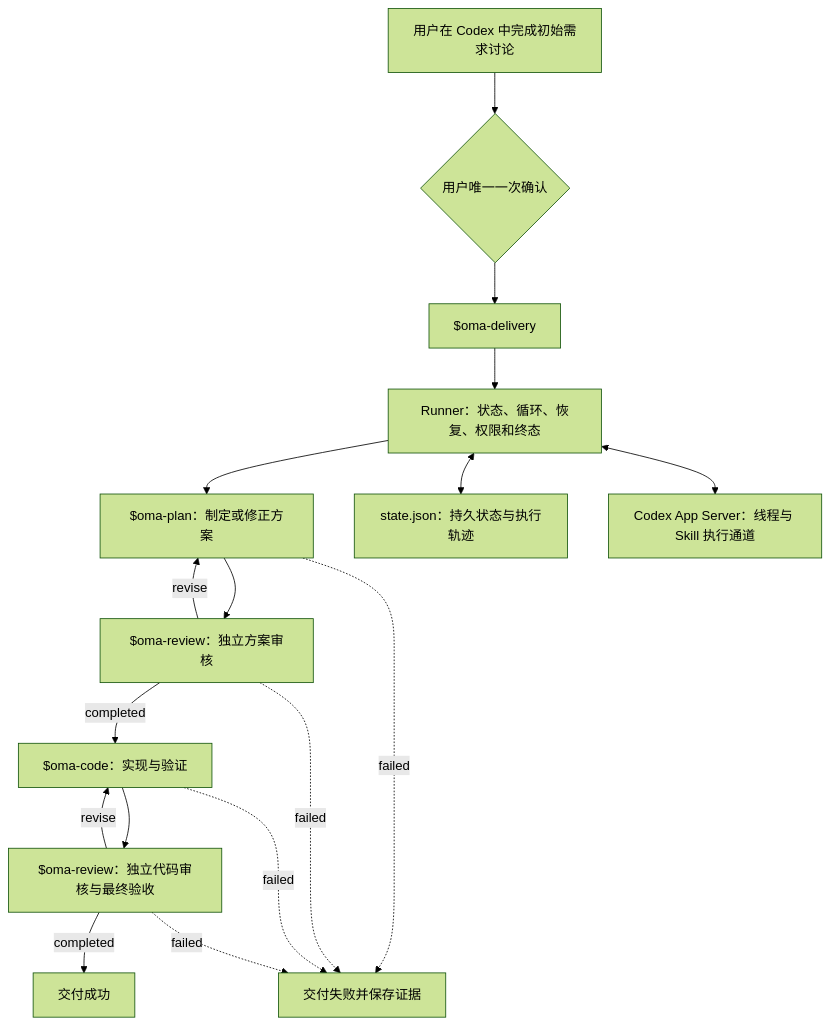
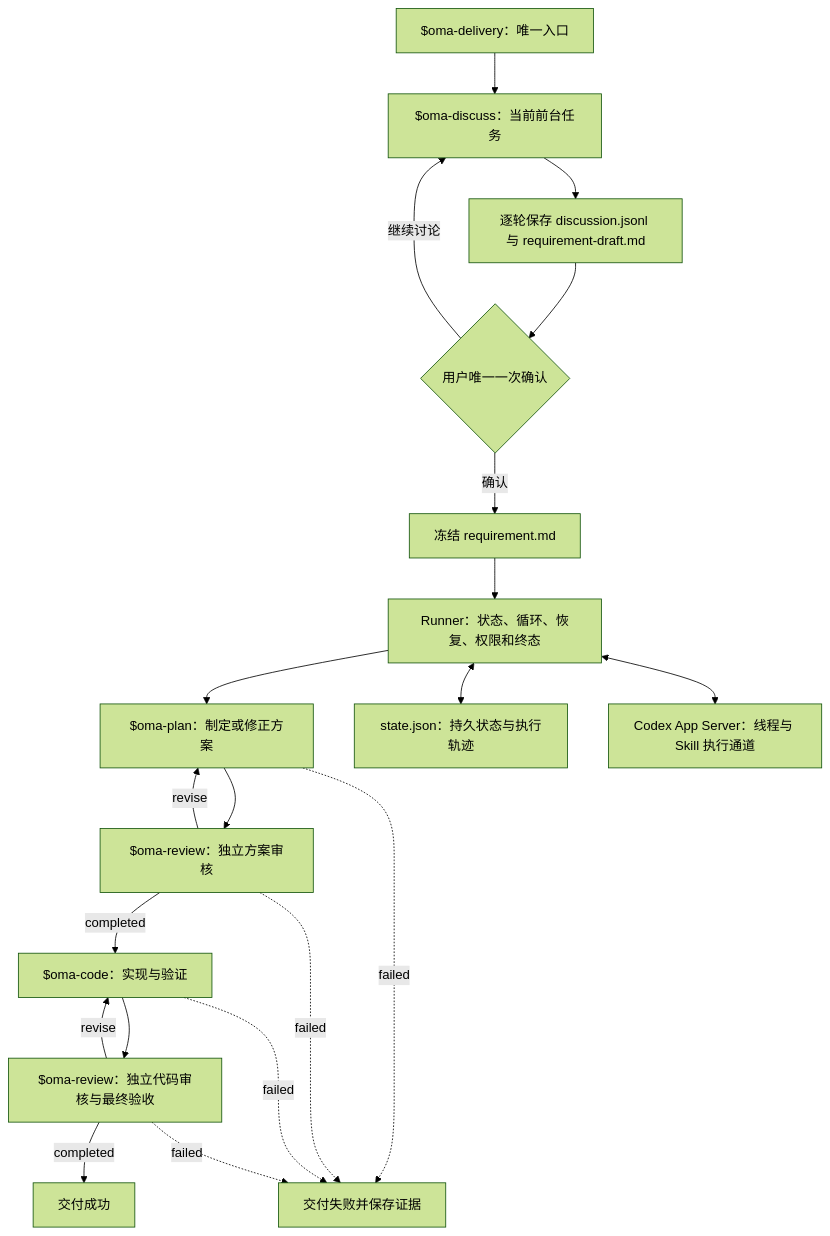
The diagram in README.md (primabrucexu/OneManArmy), drawn with Mermaid (forest theme) before and after one commit. The commit also changed other lines of this file and 9 other files, not shown here.

Commit message:
feat: persist requirement discussions in OMA delivery

````diff
--- a/README.md
+++ b/README.md
@@ -39,22 +42,25 @@
 ```mermaid
 flowchart TD
-    A["用户在 Codex 中完成初始需求讨论"] --> B{"用户唯一一次确认"}
-    B --> C["$oma-delivery"]
-    C --> D["Runner：状态、循环、恢复、权限和终态"]
+    A["$oma-delivery：唯一入口"] --> B["$oma-discuss：当前前台任务"]
+    B --> C["逐轮保存 discussion.jsonl 与 requirement-draft.md"]
+    C --> D{"用户唯一一次确认"}
+    D -- "继续讨论" --> B
+    D -- "确认" --> E["冻结 requirement.md"]
+    E --> F["Runner：状态、循环、恢复、权限和终态"]
 
-    D --> E["$oma-plan：制定或修正方案"]
-    E --> F["$oma-review：独立方案审核"]
-    F -- "revise" --> E
-    F -- "completed" --> G["$oma-code：实现与验证"]
-    G --> H["$oma-review：独立代码审核与最终验收"]
+    F --> G["$oma-plan：制定或修正方案"]
+    G --> H["$oma-review：独立方案审核"]
     H -- "revise" --> G
-    H -- "completed" --> I["交付成功"]
+    H -- "completed" --> I["$oma-code：实现与验证"]
+    I --> J["$oma-review：独立代码审核与最终验收"]
+    J -- "revise" --> I
+    J -- "completed" --> K["交付成功"]
 
-    E -. "failed" .-> J["交付失败并保存证据"]
-    F -. "failed" .-> J
-    G -. "failed" .-> J
-    H -. "failed" .-> J
+    G -. "failed" .-> L["交付失败并保存证据"]
+    H -. "failed" .-> L
+    I -. "failed" .-> L
+    J -. "failed" .-> L
 
-    D <--> K["state.json：持久状态与执行轨迹"]
-    D <--> L["Codex App Server：线程与 Skill 执行通道"]
+    F <--> M["state.json：持久状态与执行轨迹"]
+    F <--> N["Codex App Server：线程与 Skill 执行通道"]
 ```
````
